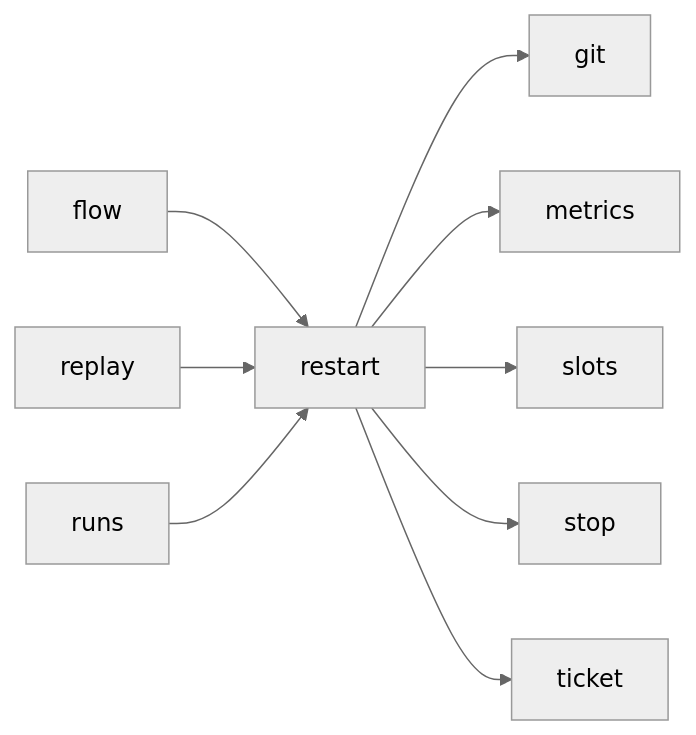
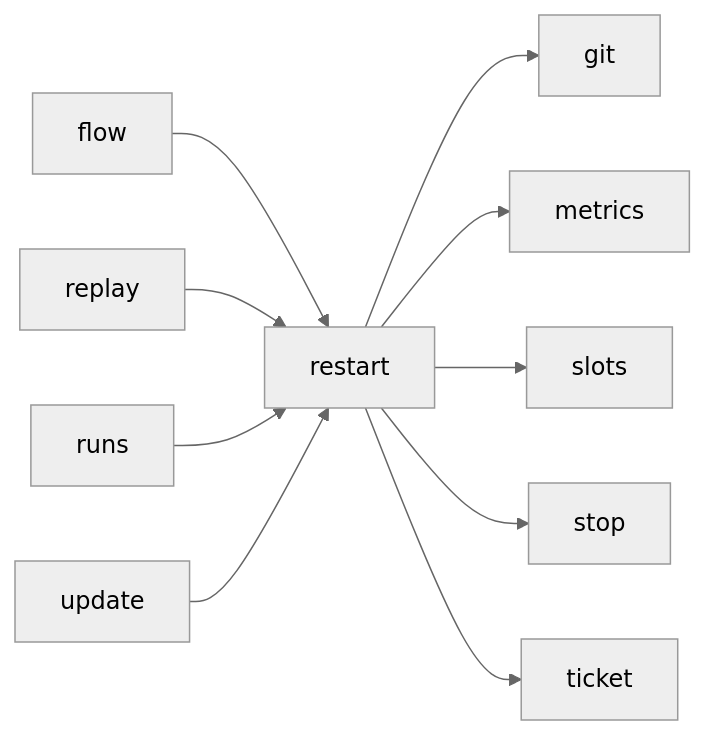
Before and after one commit to plaplanche/ariane: the third of 3 diagrams in docs/architecture/modules/restart.md, drawn with Mermaid (neutral theme). The commit also changed 33 other files, not shown here.

````diff
--- a/docs/architecture/modules/restart.md
+++ b/docs/architecture/modules/restart.md
@@ -81,11 +81,12 @@
 ```mermaid
 flowchart LR
   flow --> restart
   replay --> restart
   restart --> git
   restart --> metrics
   restart --> slots
   restart --> stop
   restart --> ticket
   runs --> restart
+  update --> restart
 ```
````
